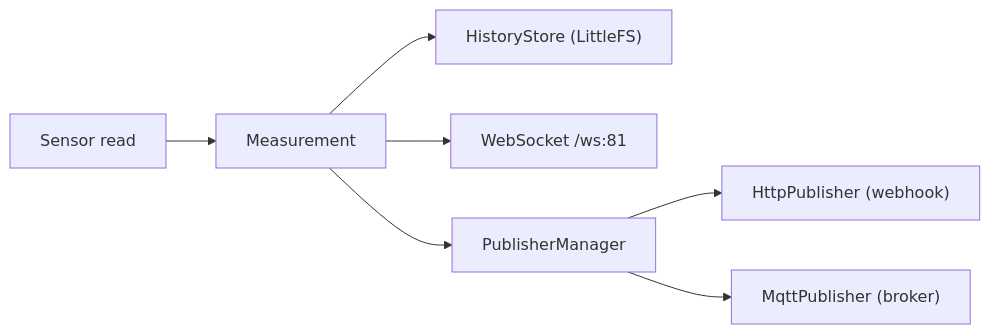
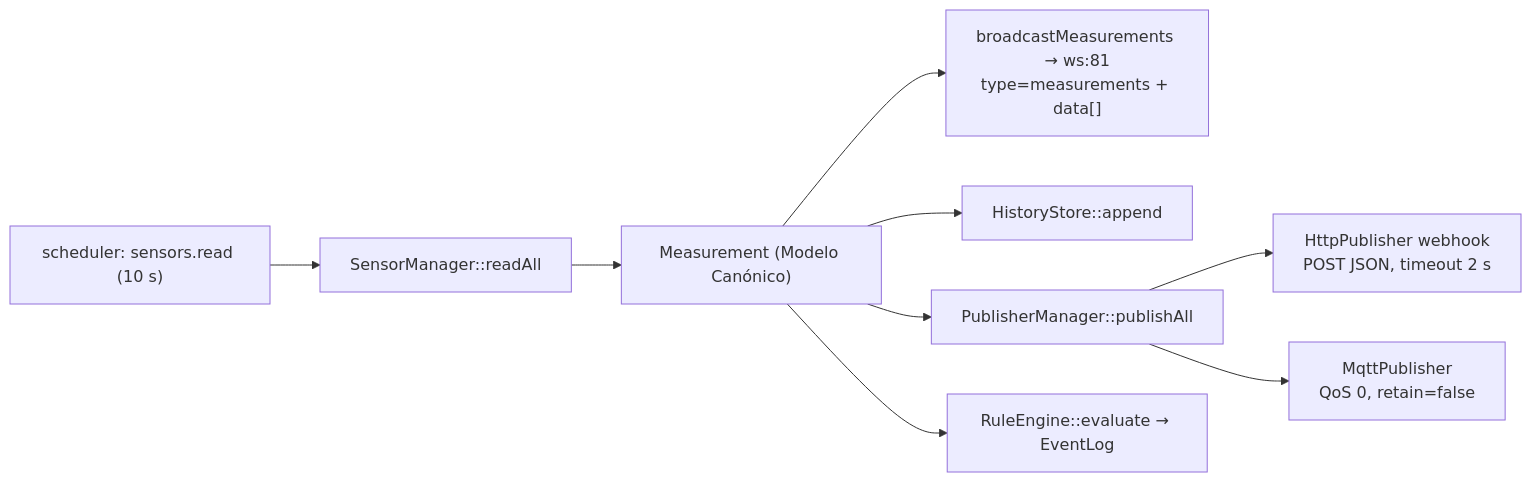
One commit to AlessandroKlein/Docs changed the diagram in docs/es/sema/MQTT-y-WebSocket.md. Above: the diagram before and after it, drawn with Mermaid. The commit also changed other lines of this file and 68 other files, not shown here.

````diff
--- a/docs/es/sema/MQTT-y-WebSocket.md
+++ b/docs/es/sema/MQTT-y-WebSocket.md
@@ -79,9 +183,11 @@
 ```mermaid
 flowchart LR
-    S["Sensor read"] --> M["Measurement"]
-    M --> H["HistoryStore (LittleFS)"]
-    M --> W["WebSocket /ws:81"]
-    M --> P["PublisherManager"]
-    P --> WEB["HttpPublisher (webhook)"]
-    P --> MQTT["MqttPublisher (broker)"]
+    T["scheduler: sensors.read (10 s)"] --> R["SensorManager::readAll"]
+    R --> M["Measurement (Modelo Canónico)"]
+    M --> W["broadcastMeasurements → ws:81<br/>type=measurements + data[]"]
+    M --> H["HistoryStore::append"]
+    M --> PM["PublisherManager::publishAll"]
+    PM --> WEB["HttpPublisher webhook<br/>POST JSON, timeout 2 s"]
+    PM --> MQ["MqttPublisher<br/>QoS 0, retain=false"]
+    M --> RE["RuleEngine::evaluate → EventLog"]
 ```
````
